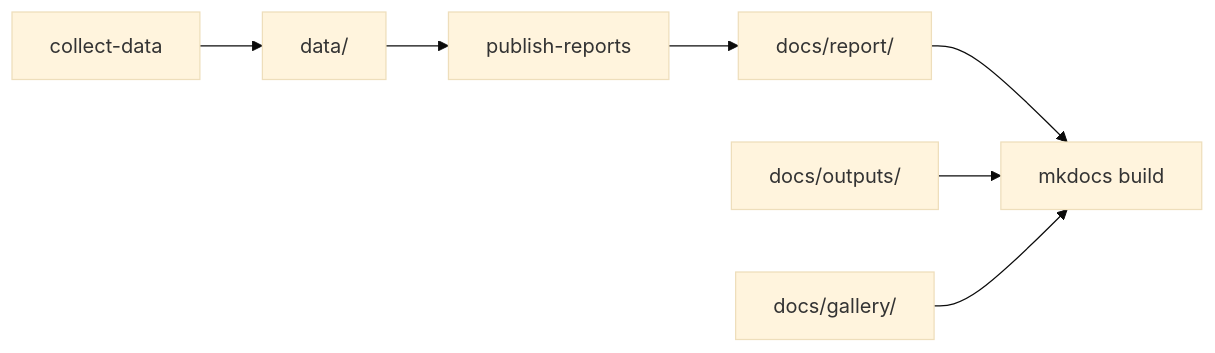
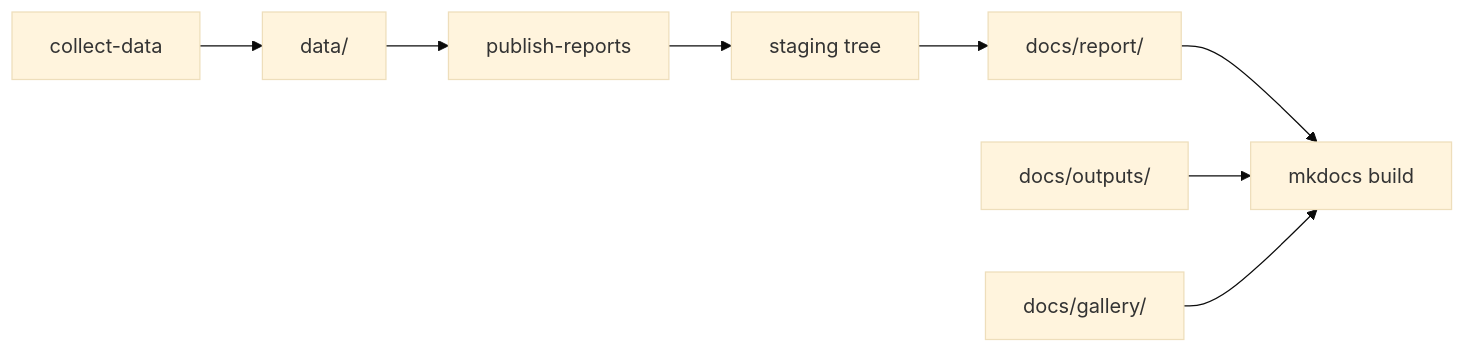
The diagram in docs/architecture/publication-flow.md (bijux/bijux-pollenomics), drawn with Mermaid (base theme) before and after one commit. The commit also changed other lines of this file and 2 other files, not shown here.

Commit message:
docs(architecture): restore staged publication boundaries

````diff
--- a/docs/architecture/publication-flow.md
+++ b/docs/architecture/publication-flow.md
@@ -16,9 +16,10 @@
 ```mermaid
 flowchart LR
     Collect[collect-data] --> DataTree[data/]
     DataTree --> Reports[publish-reports]
-    Reports --> ReportTree[docs/report/]
+    Reports --> ReportStaging[staging tree]
+    ReportStaging --> ReportTree[docs/report/]
     ReportTree --> Docs[mkdocs build]
     Narrative[docs/outputs/] --> Docs
     Gallery[docs/gallery/] --> Docs
 ```
````
